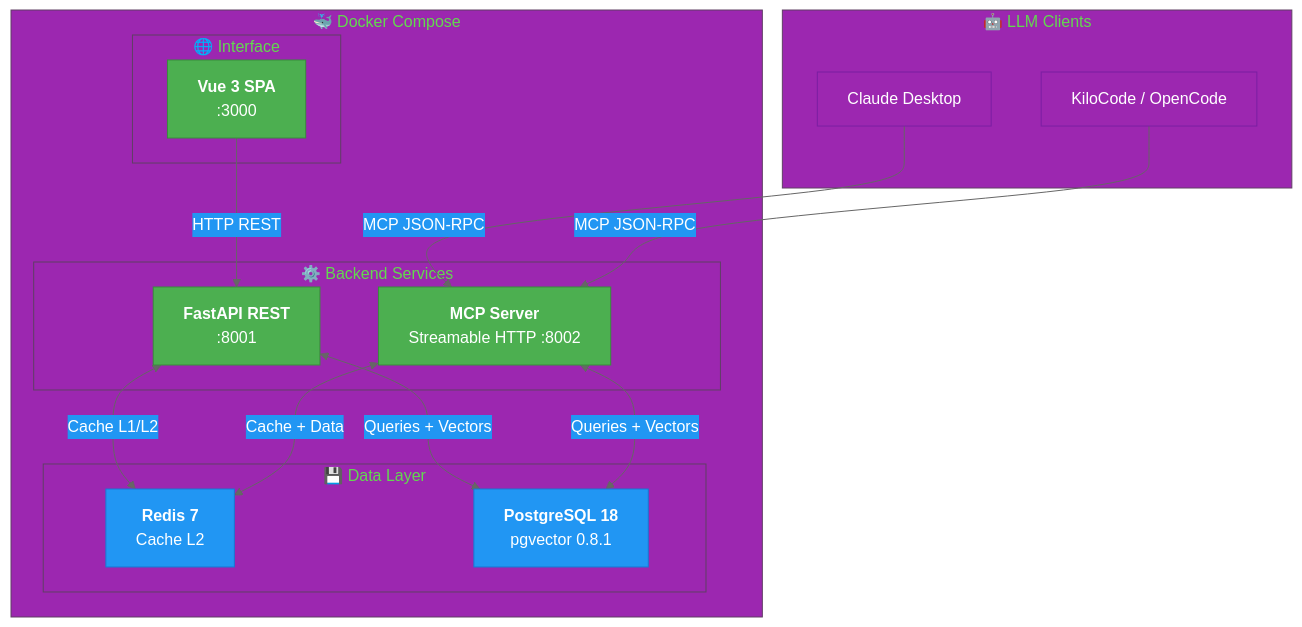
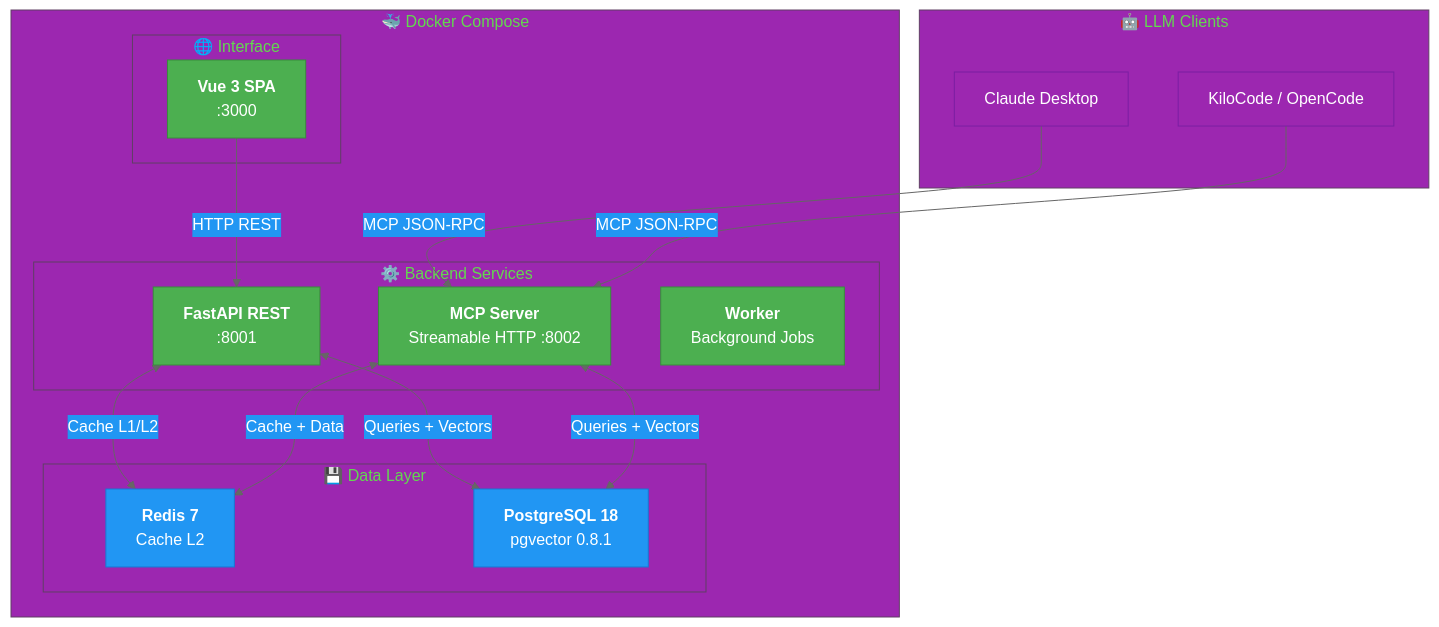
Before and after one commit to giak/mnemo-lite: the first of 15 diagrams in docs/ARCHITECTURE.md, drawn with Mermaid. The commit also changed other lines of this file, not shown here.

First line of the commit message:
docs: update ARCHITECTURE.md to reflect current codebase

````diff
--- a/docs/ARCHITECTURE.md
+++ b/docs/ARCHITECTURE.md
@@ -61,41 +65,42 @@
 ```mermaid
 %%{init: {'theme': 'base', 'themeVariables': { 'primaryColor': '#4CAF50', 'primaryTextColor': '#fff', 'primaryBorderColor': '#388E3C', 'lineColor': '#666', 'secondaryColor': '#2196F3', 'tertiaryColor': '#9C27B0'}}}%%
 graph TB
     subgraph "🐳 Docker Compose" 
         subgraph "🌐 Interface"
             Web["<b>Vue 3 SPA</b><br/>:3000"]
         end
         
         subgraph "⚙️ Backend Services"
             API["<b>FastAPI REST</b><br/>:8001"]
             MCP["<b>MCP Server</b><br/>Streamable HTTP :8002"]
+            WRK["<b>Worker</b><br/>Background Jobs"]
         end
         
         subgraph "💾 Data Layer"
             Redis["<b>Redis 7</b><br/>Cache L2"]
             PG["<b>PostgreSQL 18</b><br/>pgvector 0.8.1"]
         end
     end
 
     subgraph "🤖 LLM Clients"
         Claude["Claude Desktop"]
         Kilo["KiloCode / OpenCode"]
     end
 
     Claude -->|"MCP JSON-RPC"| MCP
     Kilo -->|"MCP JSON-RPC"| MCP
     Web -->|"HTTP REST"| API
     
     API <-->|"Cache L1/L2"| Redis
     API <-->|"Queries + Vectors"| PG
     MCP <-->|"Cache + Data"| Redis
     MCP <-->|"Queries + Vectors"| PG
 
     classDef service fill:#4CAF50,stroke:#388E3C,color:#fff
     classDef data fill:#2196F3,stroke:#1976D2,color:#fff
     classDef client fill:#9C27B0,stroke:#7B1FA2,color:#fff
     
-    class API,MCP service
+    class API,MCP,WRK service
     class Redis,PG data
     class Claude,Kilo client
 ```
````
